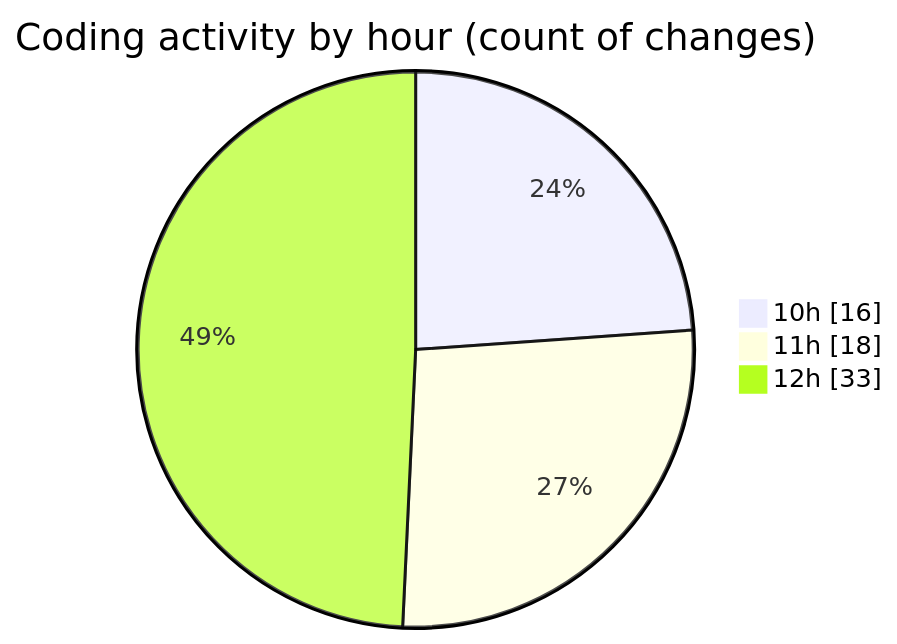
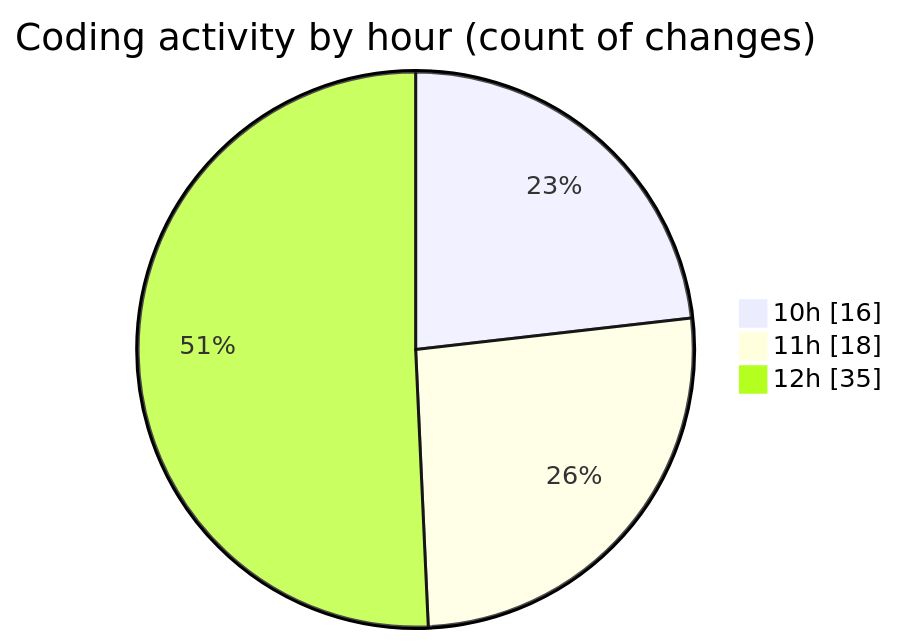
One commit to momahboobian/code-tracking changed the second of 2 diagrams in 2026-05-06/cda/README.md. Above: the diagram before and after it, drawn with Mermaid. The commit also changed other lines of this file and 1 other file, not shown here.

````diff
--- a/2026-05-06/cda/README.md
+++ b/2026-05-06/cda/README.md
@@ -49,7 +49,7 @@
 ```mermaid
 pie showData
 title Coding activity by hour (count of changes)
 "10h" : 16
 "11h" : 18
-"12h" : 33
+"12h" : 35
 ```
````
